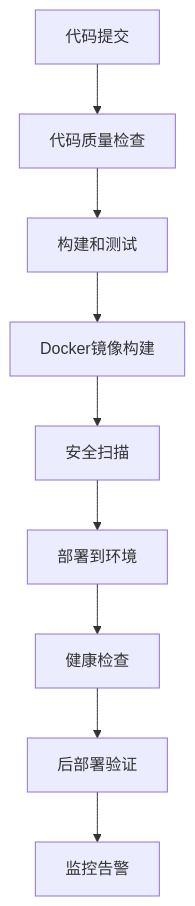
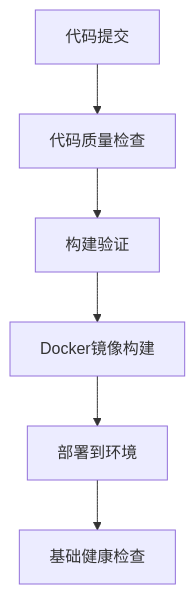
The diagram in docs/cicd/README.md (JustSOOw/XItools), drawn with Mermaid before and after one commit. The commit also changed other lines of this file and 8 other files, not shown here.

````diff
--- a/docs/cicd/README.md
+++ b/docs/cicd/README.md
@@ -19,11 +24,8 @@
 ```mermaid
 graph TD
     A[代码提交] --> B[代码质量检查]
-    B --> C[构建和测试]
+    B --> C[构建验证]
     C --> D[Docker镜像构建]
-    D --> E[安全扫描]
-    E --> F[部署到环境]
-    F --> G[健康检查]
-    G --> H[后部署验证]
-    H --> I[监控告警]
+    D --> E[部署到环境]
+    E --> F[基础健康检查]
 ```
````
